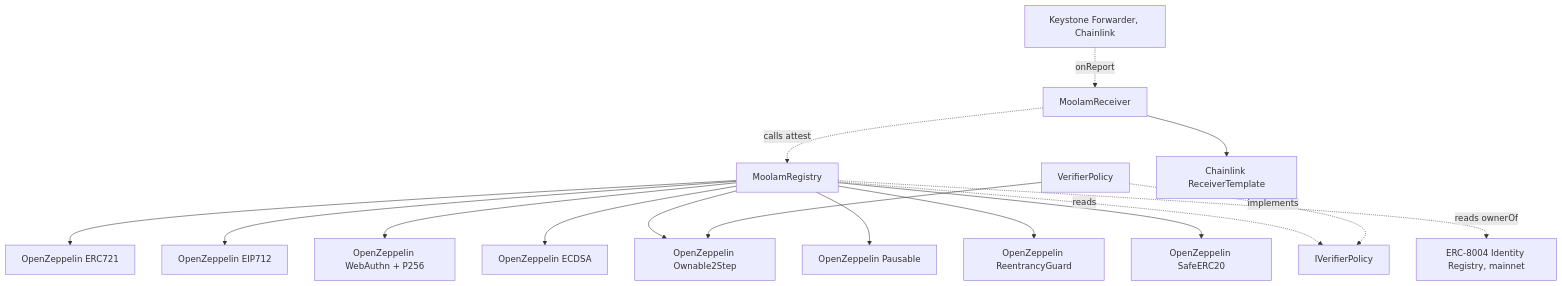
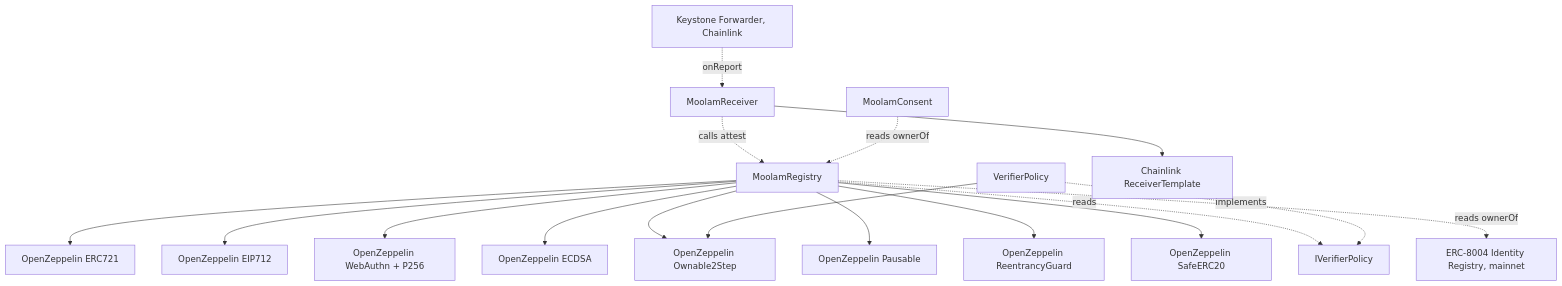
Before and after one commit to ramakrishnanhulk20/Moolam: the tenth of 12 diagrams in docs/developers/architecture.md, drawn with Mermaid. The commit also changed other lines of this file and 35 other files, not shown here.

````diff
--- a/docs/developers/architecture.md
+++ b/docs/developers/architecture.md
@@ -156,18 +226,19 @@
 ```mermaid
 flowchart TD
     MR[MoolamRegistry] --> ERC721[OpenZeppelin ERC721]
     MR --> EIP712[OpenZeppelin EIP712]
     MR --> WA[OpenZeppelin WebAuthn + P256]
     MR --> ECDSA[OpenZeppelin ECDSA]
     MR --> O2[OpenZeppelin Ownable2Step]
     MR --> PA[OpenZeppelin Pausable]
     MR --> RG[OpenZeppelin ReentrancyGuard]
     MR --> SE[OpenZeppelin SafeERC20]
     MR -. reads .-> IVP[IVerifierPolicy]
     MR -. reads ownerOf .-> I8[ERC-8004 Identity Registry, mainnet]
     VP[VerifierPolicy] --> O2
     VP -. implements .-> IVP
     RC[MoolamReceiver] --> RT[Chainlink ReceiverTemplate]
     RC -. calls attest .-> MR
     FW[Keystone Forwarder, Chainlink] -. onReport .-> RC
+    MC[MoolamConsent] -. reads ownerOf .-> MR
 ```
````
